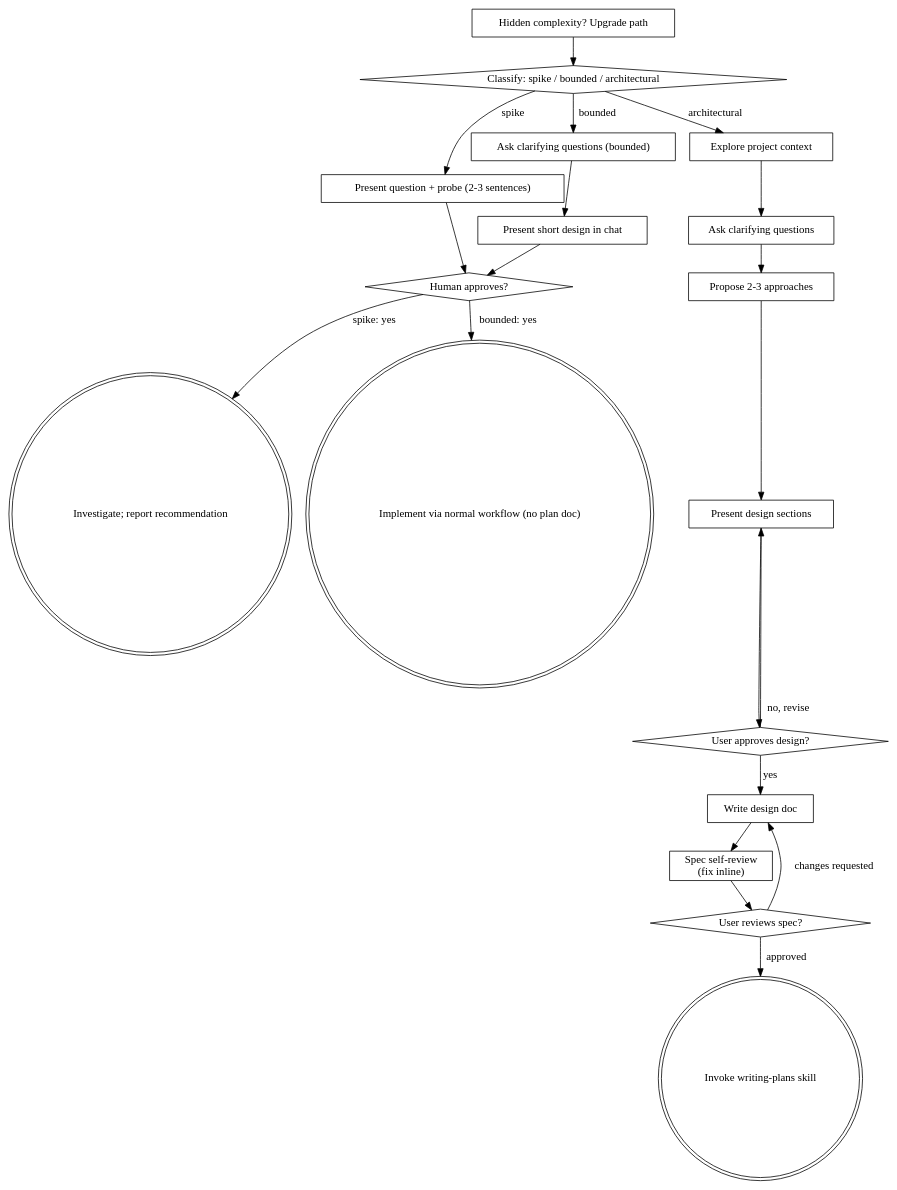
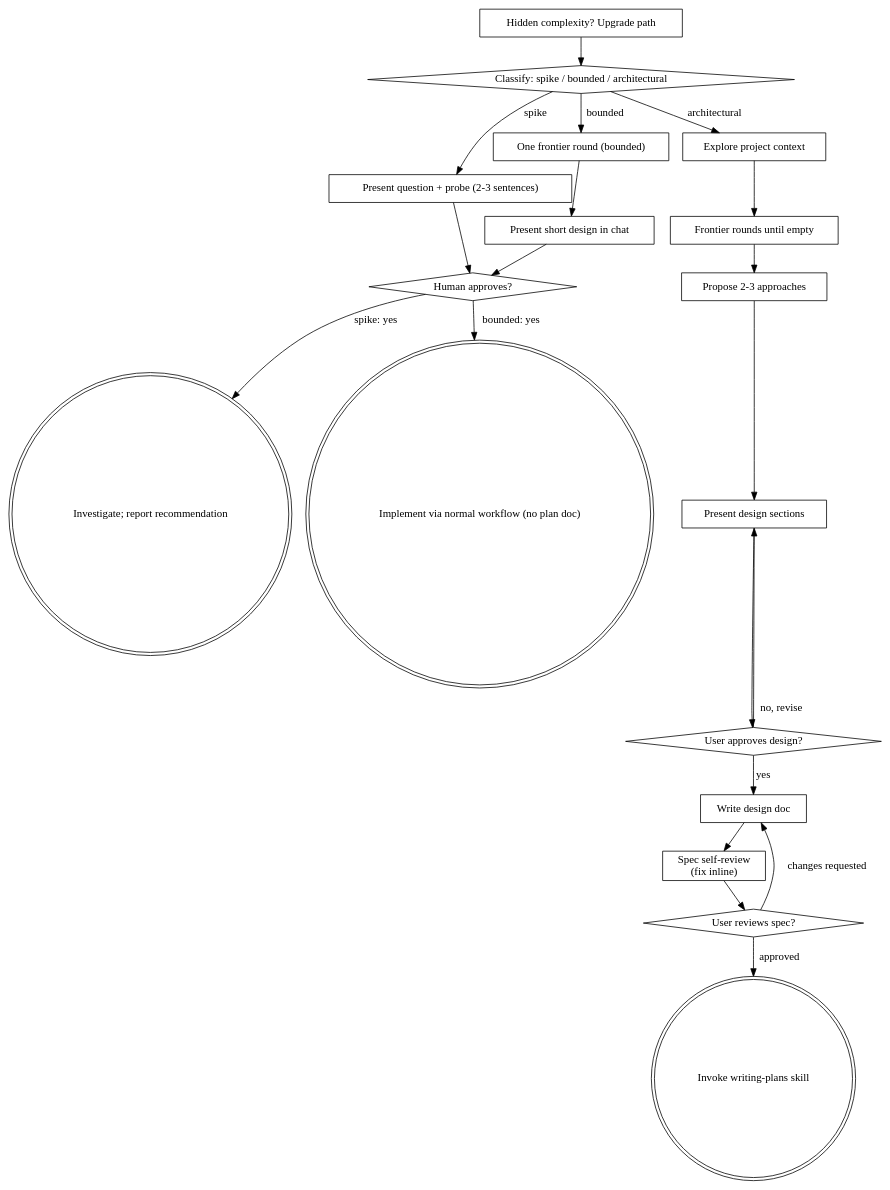
Before and after one commit to willykinfoussia/Kursor-Studio: the diagram in src/lib/agent/skills/builtin/brainstorming/SKILL.md, drawn with Graphviz. The commit also changed other lines of this file and 33 other files, not shown here.

````diff
--- a/src/lib/agent/skills/builtin/brainstorming/SKILL.md
+++ b/src/lib/agent/skills/builtin/brainstorming/SKILL.md
@@ -109,41 +110,41 @@
 ```dot
 digraph brainstorming {
     "Classify: spike / bounded / architectural" [shape=diamond];
     "Present question + probe (2-3 sentences)" [shape=box];
-    "Ask clarifying questions (bounded)" [shape=box];
+    "One frontier round (bounded)" [shape=box];
     "Present short design in chat" [shape=box];
     "Human approves?" [shape=diamond];
     "Investigate; report recommendation" [shape=doublecircle];
     "Implement via normal workflow (no plan doc)" [shape=doublecircle];
     "Explore project context" [shape=box];
-    "Ask clarifying questions" [shape=box];
+    "Frontier rounds until empty" [shape=box];
     "Propose 2-3 approaches" [shape=box];
     "Present design sections" [shape=box];
     "User approves design?" [shape=diamond];
     "Write design doc" [shape=box];
     "Spec self-review\n(fix inline)" [shape=box];
     "User reviews spec?" [shape=diamond];
     "Invoke writing-plans skill" [shape=doublecircle];
     "Hidden complexity? Upgrade path" [shape=box];
 
     "Classify: spike / bounded / architectural" -> "Present question + probe (2-3 sentences)" [label="spike"];
-    "Classify: spike / bounded / architectural" -> "Ask clarifying questions (bounded)" [label="bounded"];
+    "Classify: spike / bounded / architectural" -> "One frontier round (bounded)" [label="bounded"];
     "Classify: spike / bounded / architectural" -> "Explore project context" [label="architectural"];
     "Present question + probe (2-3 sentences)" -> "Human approves?";
-    "Ask clarifying questions (bounded)" -> "Present short design in chat";
+    "One frontier round (bounded)" -> "Present short design in chat";
     "Present short design in chat" -> "Human approves?";
     "Human approves?" -> "Investigate; report recommendation" [label="spike: yes"];
     "Human approves?" -> "Implement via normal workflow (no plan doc)" [label="bounded: yes"];
     "Hidden complexity? Upgrade path" -> "Classify: spike / bounded / architectural";
-    "Explore project context" -> "Ask clarifying questions";
-    "Ask clarifying questions" -> "Propose 2-3 approaches";
+    "Explore project context" -> "Frontier rounds until empty";
+    "Frontier rounds until empty" -> "Propose 2-3 approaches";
     "Propose 2-3 approaches" -> "Present design sections";
     "Present design sections" -> "User approves design?";
     "User approves design?" -> "Present design sections" [label="no, revise"];
     "User approves design?" -> "Write design doc" [label="yes"];
     "Write design doc" -> "Spec self-review\n(fix inline)";
     "Spec self-review\n(fix inline)" -> "User reviews spec?";
     "User reviews spec?" -> "Write design doc" [label="changes requested"];
     "User reviews spec?" -> "Invoke writing-plans skill" [label="approved"];
 }
 ```
````
